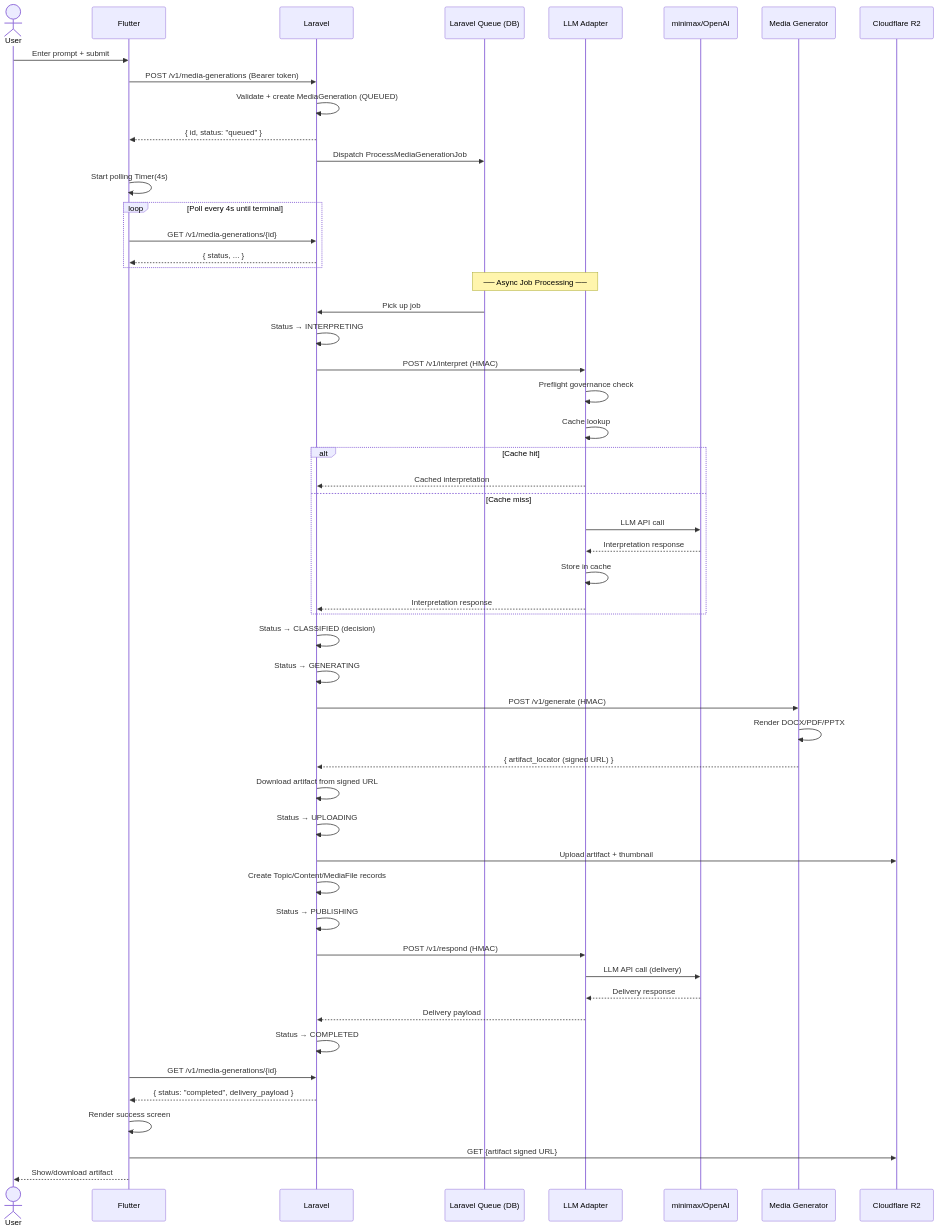
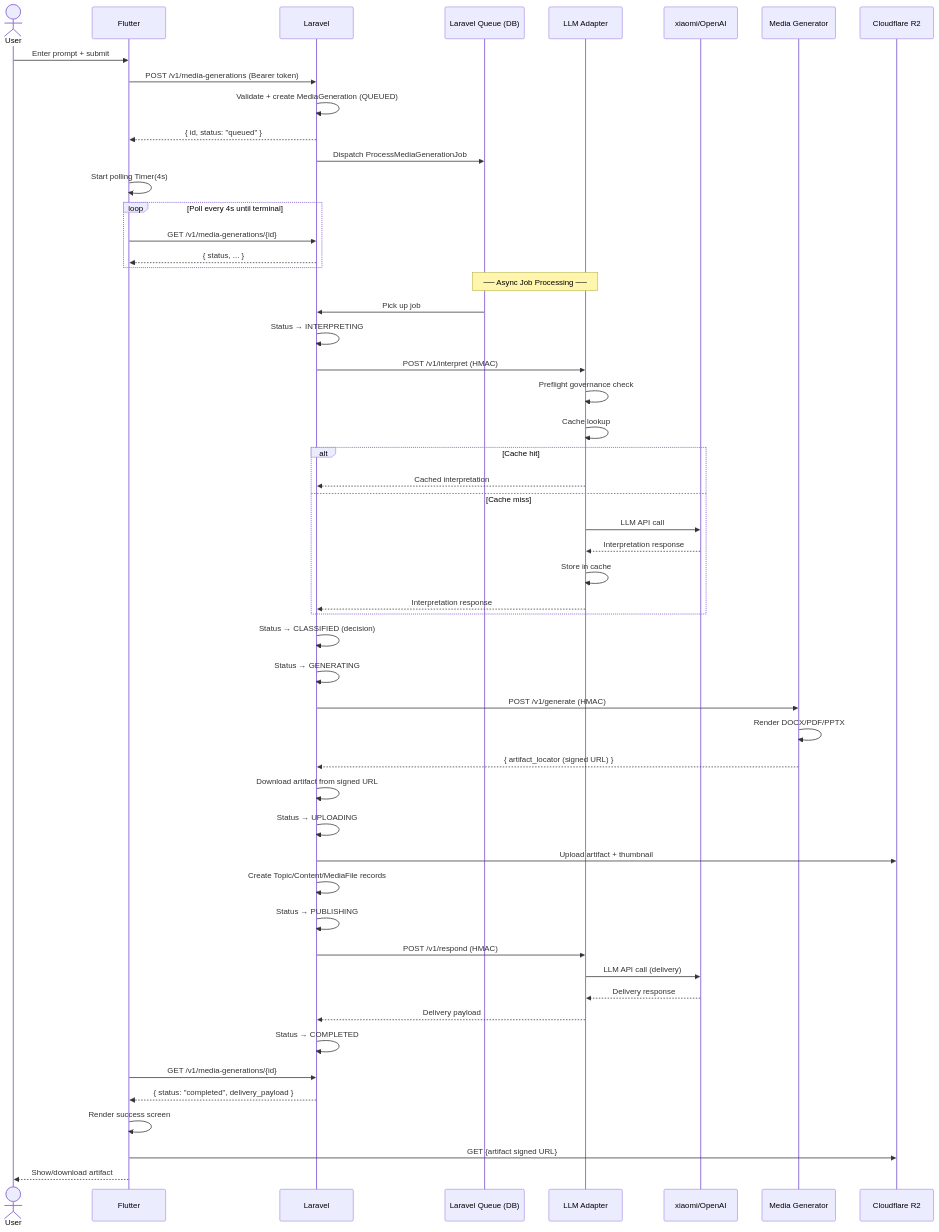
Before and after one commit to akmalhasan19/klass-mobile: the first of 4 diagrams in INTEGRATION_MAPPING.md, drawn with Mermaid. The commit also changed other lines of this file and 32 other files, not shown here.

````diff
--- a/INTEGRATION_MAPPING.md
+++ b/INTEGRATION_MAPPING.md
@@ -66,66 +66,66 @@
 ```mermaid
 sequenceDiagram
     actor User
     participant Flutter
     participant Laravel
     participant Queue as Laravel Queue (DB)
     participant Adapter as LLM Adapter
-    participant Provider as minimax/OpenAI
+    participant Provider as xiaomi/OpenAI
     participant MediaGen as Media Generator
     participant R2 as Cloudflare R2
 
     User->>Flutter: Enter prompt + submit
     Flutter->>Laravel: POST /v1/media-generations (Bearer token)
     Laravel->>Laravel: Validate + create MediaGeneration (QUEUED)
     Laravel-->>Flutter: { id, status: "queued" }
     Laravel->>Queue: Dispatch ProcessMediaGenerationJob
 
     Flutter->>Flutter: Start polling Timer(4s)
     loop Poll every 4s until terminal
         Flutter->>Laravel: GET /v1/media-generations/{id}
         Laravel-->>Flutter: { status, ... }
     end
 
     Note over Queue,Adapter: ── Async Job Processing ──
 
     Queue->>Laravel: Pick up job
     Laravel->>Laravel: Status → INTERPRETING
 
     Laravel->>Adapter: POST /v1/interpret (HMAC)
     Adapter->>Adapter: Preflight governance check
     Adapter->>Adapter: Cache lookup
     alt Cache hit
         Adapter-->>Laravel: Cached interpretation
     else Cache miss
         Adapter->>Provider: LLM API call
         Provider-->>Adapter: Interpretation response
         Adapter->>Adapter: Store in cache
         Adapter-->>Laravel: Interpretation response
     end
 
     Laravel->>Laravel: Status → CLASSIFIED (decision)
     Laravel->>Laravel: Status → GENERATING
 
     Laravel->>MediaGen: POST /v1/generate (HMAC)
     MediaGen->>MediaGen: Render DOCX/PDF/PPTX
     MediaGen-->>Laravel: { artifact_locator (signed URL) }
 
     Laravel->>Laravel: Download artifact from signed URL
     Laravel->>Laravel: Status → UPLOADING
     Laravel->>R2: Upload artifact + thumbnail
     Laravel->>Laravel: Create Topic/Content/MediaFile records
     Laravel->>Laravel: Status → PUBLISHING
 
     Laravel->>Adapter: POST /v1/respond (HMAC)
     Adapter->>Provider: LLM API call (delivery)
     Provider-->>Adapter: Delivery response
     Adapter-->>Laravel: Delivery payload
 
     Laravel->>Laravel: Status → COMPLETED
 
     Flutter->>Laravel: GET /v1/media-generations/{id}
     Laravel-->>Flutter: { status: "completed", delivery_payload }
     Flutter->>Flutter: Render success screen
     Flutter->>R2: GET {artifact signed URL}
     Flutter-->>User: Show/download artifact
 ```
````
